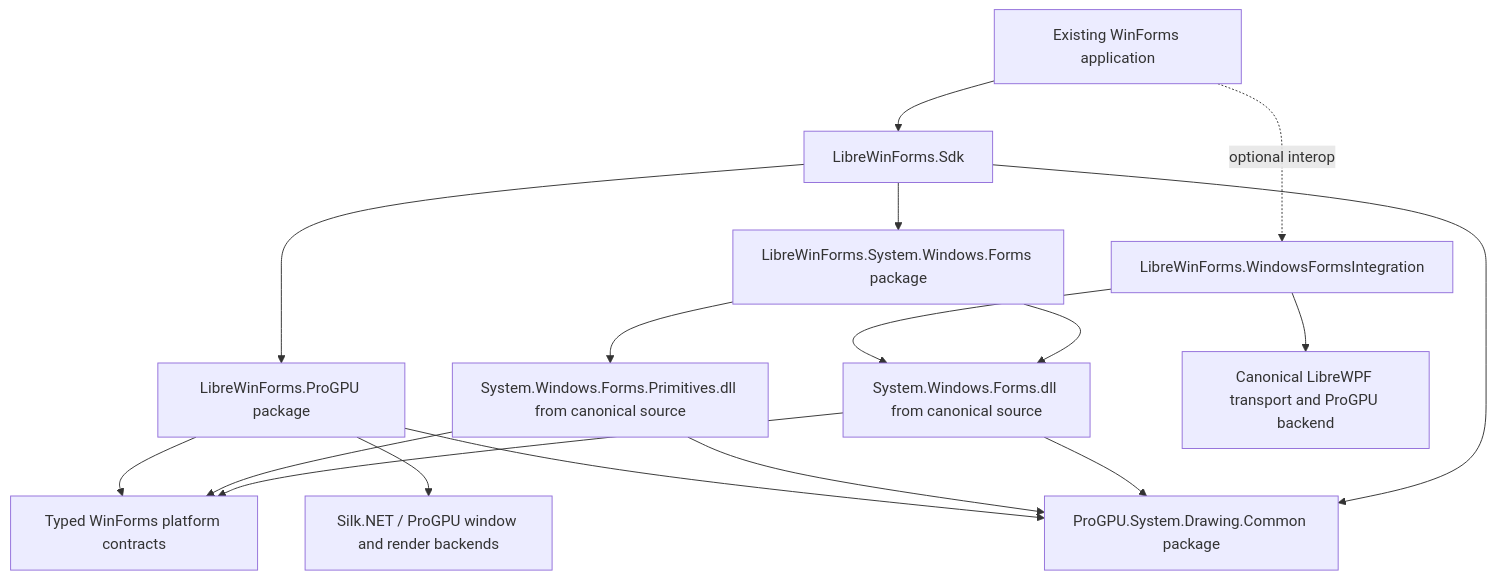
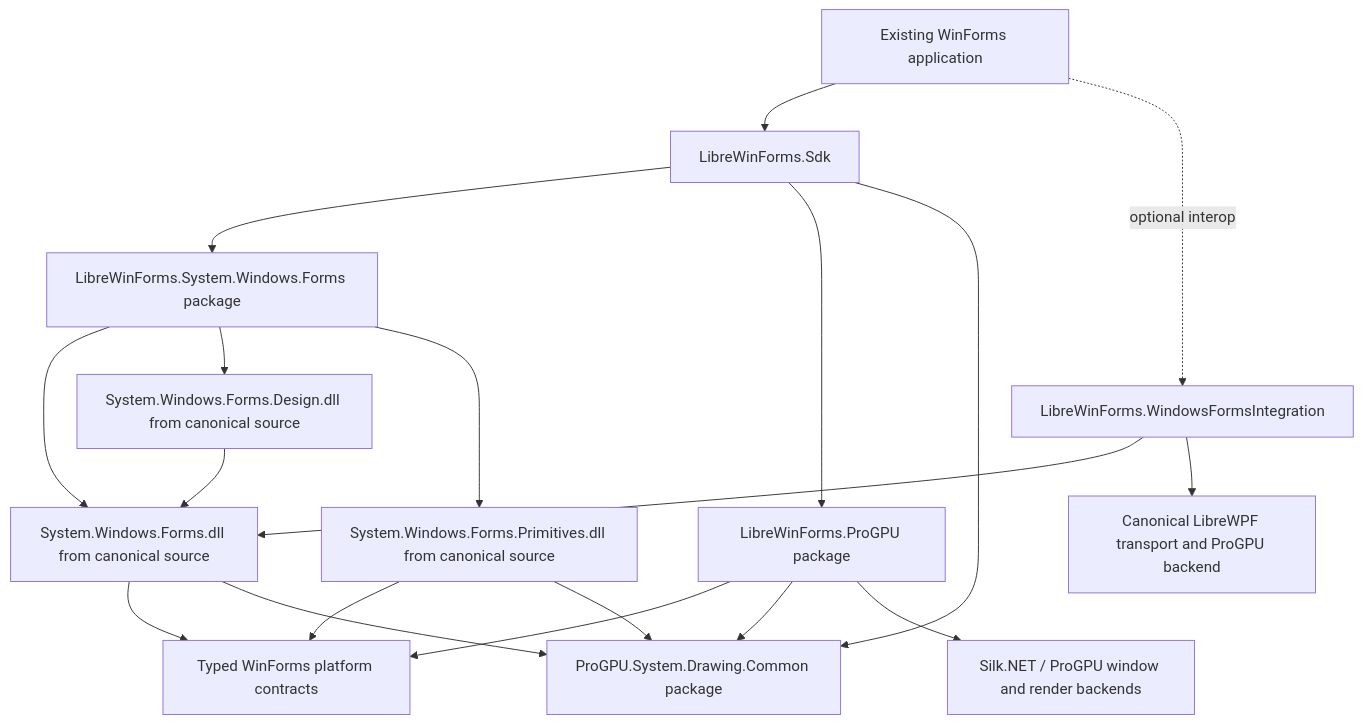
One commit to wieslawsoltes/LibreWinForms changed the diagram in docs/librewinforms/source-first-cross-platform-plan.md. Above: the diagram before and after it, drawn with Mermaid. The commit also changed 8 other files, not shown here.

Commit message:
Ship canonical WinForms design source

````diff
--- a/docs/librewinforms/source-first-cross-platform-plan.md
+++ b/docs/librewinforms/source-first-cross-platform-plan.md
@@ -152,19 +152,21 @@
 ```mermaid
 flowchart TD
     App["Existing WinForms application"] --> SDK["LibreWinForms.Sdk"]
     SDK --> Transport["LibreWinForms.System.Windows.Forms package"]
     SDK --> Backend["LibreWinForms.ProGPU package"]
     SDK --> Drawing["ProGPU.System.Drawing.Common package"]
     Transport --> Forms["System.Windows.Forms.dll from canonical source"]
+    Transport --> Design["System.Windows.Forms.Design.dll from canonical source"]
     Transport --> Primitives["System.Windows.Forms.Primitives.dll from canonical source"]
+    Design --> Forms
     Forms --> Contracts["Typed WinForms platform contracts"]
     Primitives --> Contracts
     Forms --> Drawing
     Primitives --> Drawing
     Backend --> Contracts
     Backend --> Drawing
     Backend --> Silk["Silk.NET / ProGPU window and render backends"]
     App -. "optional interop" .-> WFI["LibreWinForms.WindowsFormsIntegration"]
     WFI --> Forms
     WFI --> LibreWPF["Canonical LibreWPF transport and ProGPU backend"]
 ```
````
